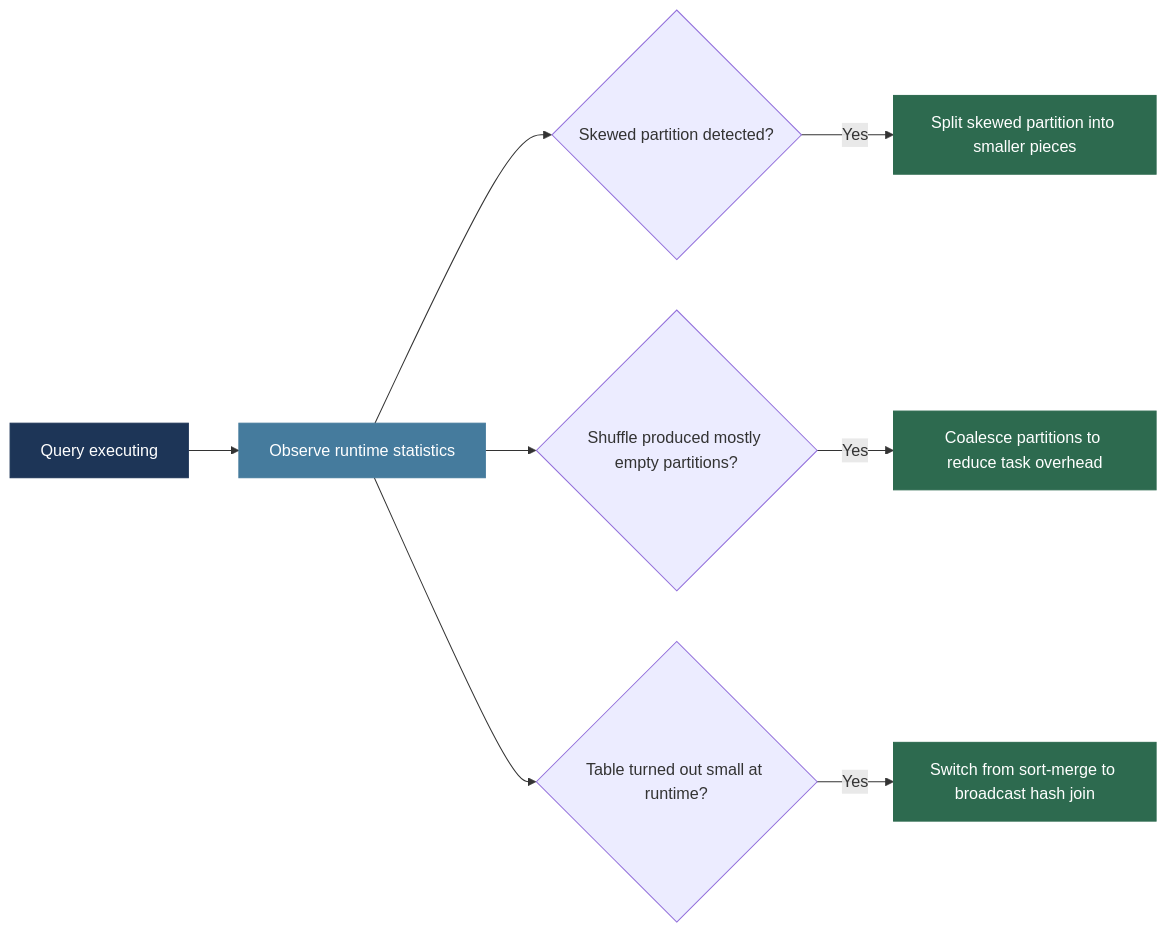
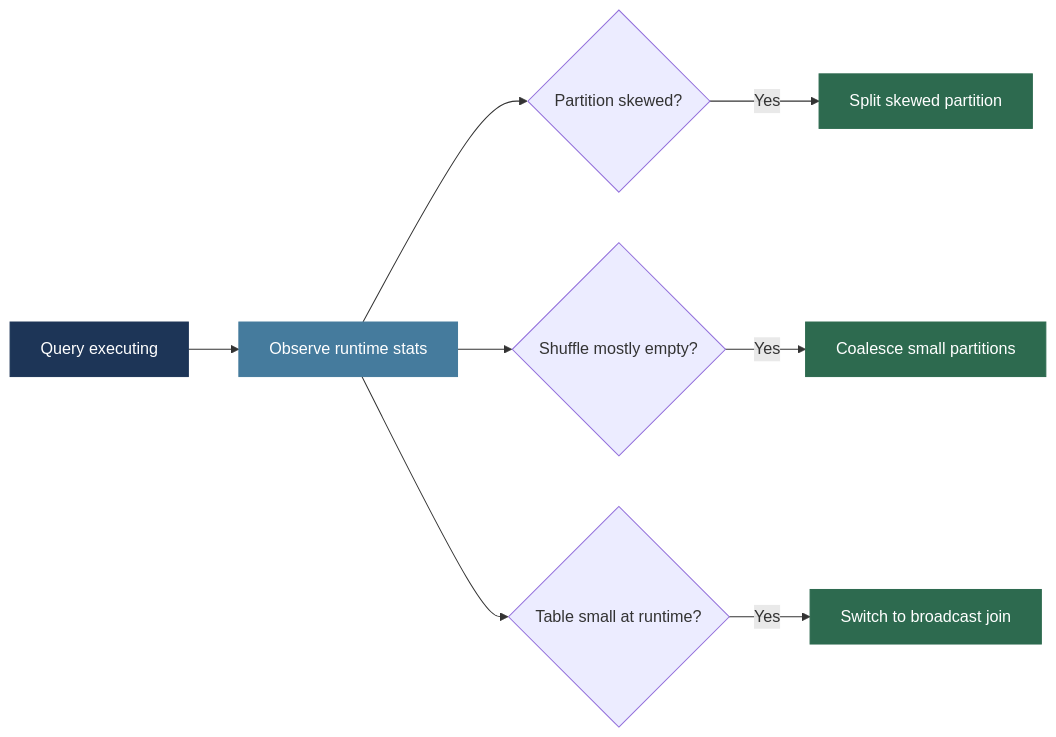
One commit to MuhammadTahaNasir/Big-Data-Analytics-Notes changed diagram 14 of 16 in Week3/Lecture3_Partitioning_Sharding_Caching_QueryOpt.md. Above: the diagram before and after it, drawn with Mermaid. The commit also changed other lines of this file, not shown here.

````diff
--- a/Week3/Lecture3_Partitioning_Sharding_Caching_QueryOpt.md
+++ b/Week3/Lecture3_Partitioning_Sharding_Caching_QueryOpt.md
@@ -535,16 +539,16 @@
 ```mermaid
 flowchart LR
-    EXEC3[Query executing] --> OBS[Observe runtime statistics]
-    OBS --> SKW{Skewed partition detected?}
-    SKW -->|Yes| SPLIT[Split skewed partition into smaller pieces]
-    OBS --> SHF{Shuffle produced mostly empty partitions?}
-    SHF -->|Yes| COAL[Coalesce partitions to reduce task overhead]
-    OBS --> JOIN{Table turned out small at runtime?}
-    JOIN -->|Yes| BROAD[Switch from sort-merge to broadcast hash join]
+    EXEC3[Query executing] --> OBS[Observe runtime stats]
+    OBS --> SKW{Partition skewed?}
+    SKW -->|Yes| SPLIT[Split skewed partition]
+    OBS --> SHF{Shuffle mostly empty?}
+    SHF -->|Yes| COAL[Coalesce small partitions]
+    OBS --> JOIN2{Table small at runtime?}
+    JOIN2 -->|Yes| BROAD[Switch to broadcast join]
 
     style EXEC3 fill:#1d3557,color:#fff,stroke:#1d3557
     style OBS fill:#457b9d,color:#fff,stroke:#457b9d
     style SPLIT fill:#2d6a4f,color:#fff,stroke:#2d6a4f
     style COAL fill:#2d6a4f,color:#fff,stroke:#2d6a4f
     style BROAD fill:#2d6a4f,color:#fff,stroke:#2d6a4f
 ```
````
